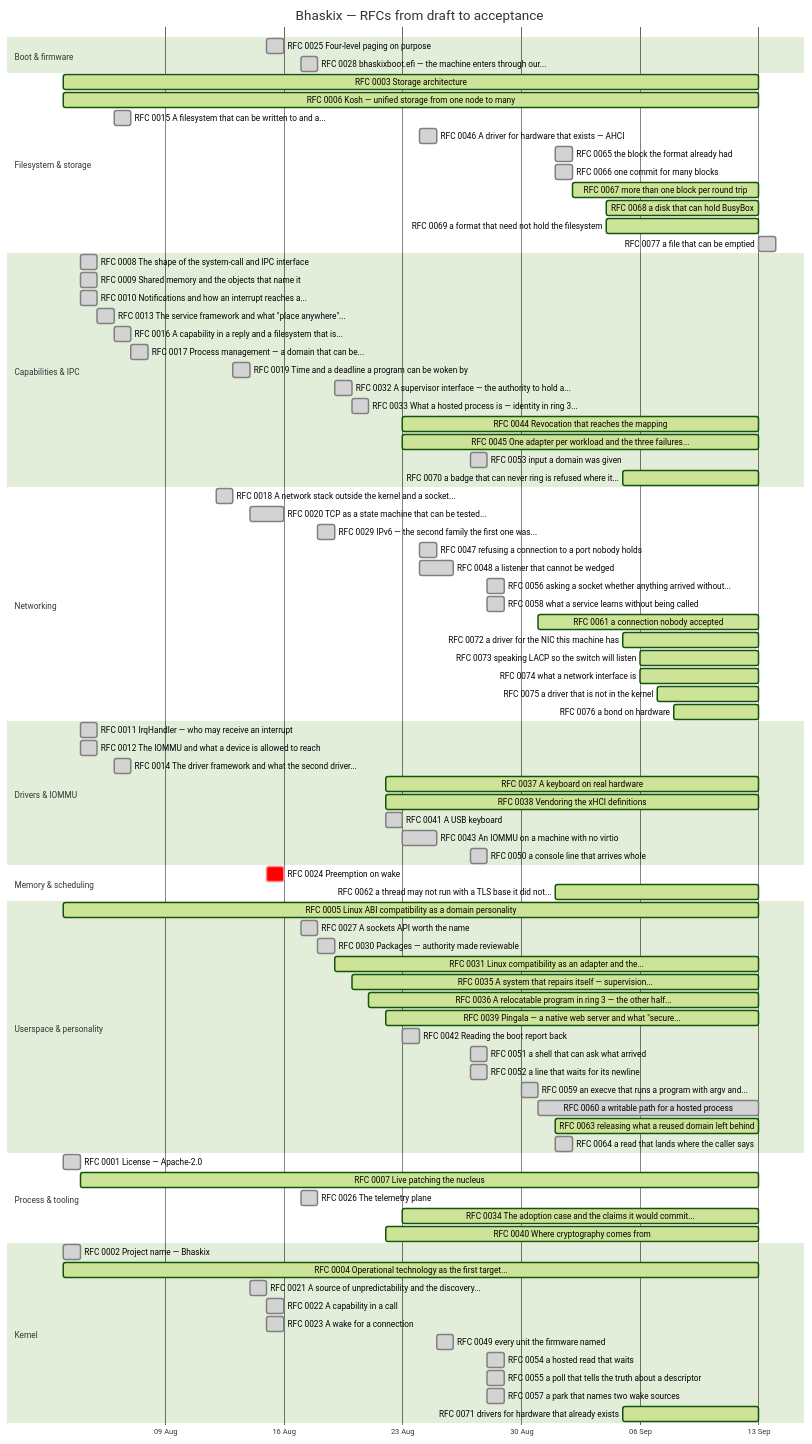
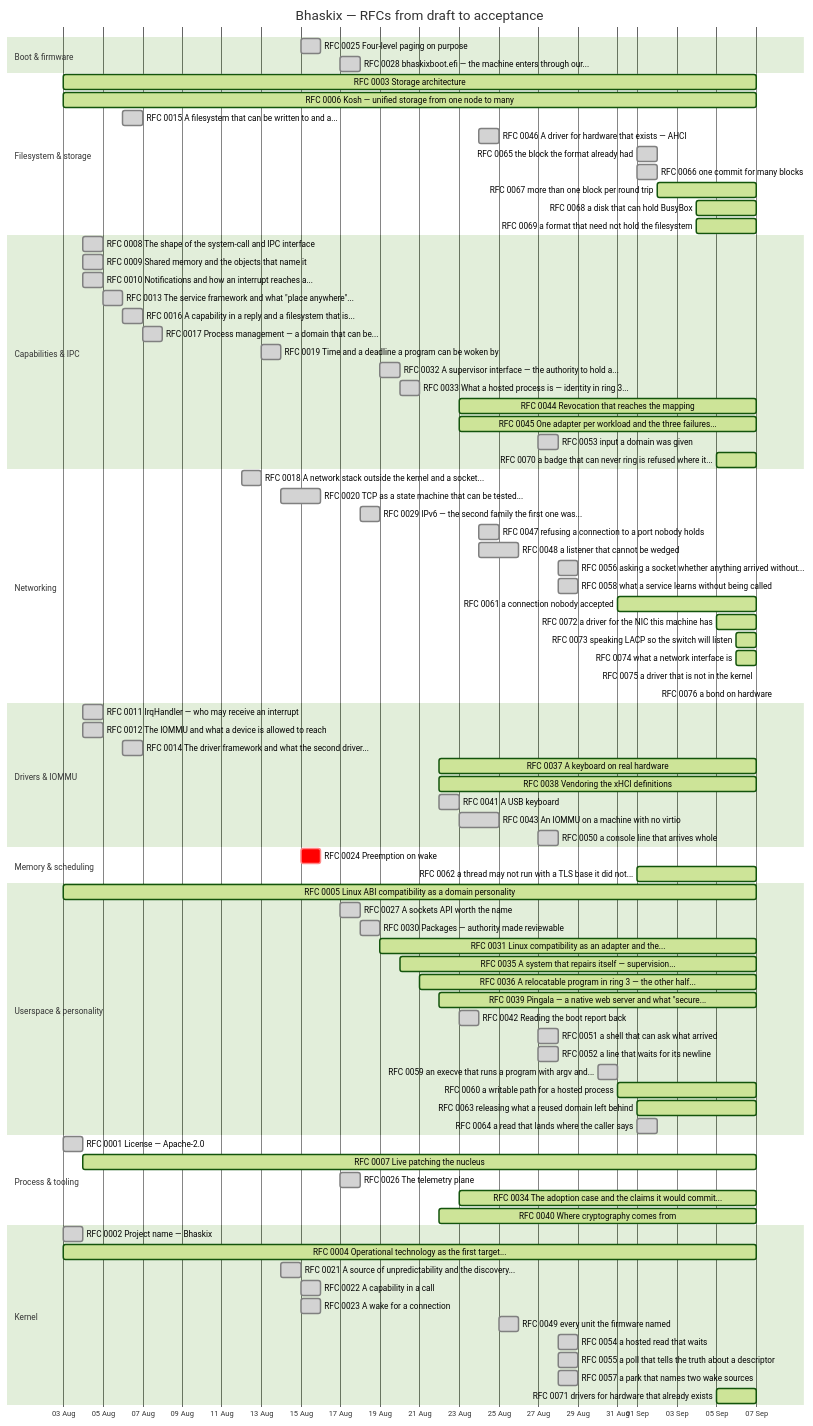
The diagram in docs/progress.md (bhaskix/bhaskix), drawn with Mermaid (forest theme) before and after one commit. The commit also changed other lines of this file and 15 other files, not shown here.

````diff
--- a/docs/progress.md
+++ b/docs/progress.md
@@ -31,16 +31,15 @@
     RFC 0025 Four-level paging on purpose :done, r0025, 2026-08-15, 2026-08-16
     RFC 0028 bhaskixboot.efi — the machine enters through our... :done, r0028, 2026-08-17, 2026-08-18
     section Filesystem & storage
-    RFC 0003 Storage architecture :active, r0003, 2026-08-03, 2026-09-13
-    RFC 0006 Kosh — unified storage from one node to many :active, r0006, 2026-08-03, 2026-09-13
+    RFC 0003 Storage architecture :active, r0003, 2026-08-03, 2026-09-07
+    RFC 0006 Kosh — unified storage from one node to many :active, r0006, 2026-08-03, 2026-09-07
     RFC 0015 A filesystem that can be written to and a... :done, r0015, 2026-08-06, 1d
     RFC 0046 A driver for hardware that exists — AHCI :done, r0046, 2026-08-24, 1d
     RFC 0065 the block the format already had :done, r0065, 2026-09-01, 1d
     RFC 0066 one commit for many blocks :done, r0066, 2026-09-01, 1d
-    RFC 0067 more than one block per round trip :active, r0067, 2026-09-02, 2026-09-13
-    RFC 0068 a disk that can hold BusyBox :active, r0068, 2026-09-04, 2026-09-13
-    RFC 0069 a format that need not hold the filesystem :active, r0069, 2026-09-04, 2026-09-13
-    RFC 0077 a file that can be emptied :done, r0077, 2026-09-13, 1d
+    RFC 0067 more than one block per round trip :active, r0067, 2026-09-02, 2026-09-07
+    RFC 0068 a disk that can hold BusyBox :active, r0068, 2026-09-04, 2026-09-07
+    RFC 0069 a format that need not hold the filesystem :active, r0069, 2026-09-04, 2026-09-07
     section Capabilities & IPC
     RFC 0008 The shape of the system-call and IPC interface :done, r0008, 2026-08-04, 1d
     RFC 0009 Shared memory and the objects that name it :done, r0009, 2026-08-04, 1d
@@ -51,10 +50,10 @@
     RFC 0019 Time and a deadline a program can be woken by :done, r0019, 2026-08-13, 2026-08-14
     RFC 0032 A supervisor interface — the authority to hold a... :done, r0032, 2026-08-19, 2026-08-20
     RFC 0033 What a hosted process is — identity in ring 3... :done, r0033, 2026-08-20, 1d
-    RFC 0044 Revocation that reaches the mapping :active, r0044, 2026-08-23, 2026-09-13
-    RFC 0045 One adapter per workload and the three failures... :active, r0045, 2026-08-23, 2026-09-13
+    RFC 0044 Revocation that reaches the mapping :active, r0044, 2026-08-23, 2026-09-07
+    RFC 0045 One adapter per workload and the three failures... :active, r0045, 2026-08-23, 2026-09-07
     RFC 0053 input a domain was given :done, r0053, 2026-08-27, 1d
-    RFC 0070 a badge that can never ring is refused where it... :active, r0070, 2026-09-05, 2026-09-13
+    RFC 0070 a badge that can never ring is refused where it... :active, r0070, 2026-09-05, 2026-09-07
     section Networking
     RFC 0018 A network stack outside the kernel and a socket... :done, r0018, 2026-08-12, 2026-08-13
     RFC 0020 TCP as a state machine that can be tested... :done, r0020, 2026-08-14, 2026-08-16
@@ -63,48 +62,48 @@
     RFC 0048 a listener that cannot be wedged :done, r0048, 2026-08-24, 2026-08-26
     RFC 0056 asking a socket whether anything arrived without... :done, r0056, 2026-08-28, 1d
     RFC 0058 what a service learns without being called :done, r0058, 2026-08-28, 1d
-    RFC 0061 a connection nobody accepted :active, r0061, 2026-08-31, 2026-09-13
-    RFC 0072 a driver for the NIC this machine has :active, r0072, 2026-09-05, 2026-09-13
-    RFC 0073 speaking LACP so the switch will listen :active, r0073, 2026-09-06, 2026-09-13
-    RFC 0074 what a network interface is :active, r0074, 2026-09-06, 2026-09-13
-    RFC 0075 a driver that is not in the kernel :active, r0075, 2026-09-07, 2026-09-13
-    RFC 0076 a bond on hardware :active, r0076, 2026-09-08, 2026-09-13
+    RFC 0061 a connection nobody accepted :active, r0061, 2026-08-31, 2026-09-07
+    RFC 0072 a driver for the NIC this machine has :active, r0072, 2026-09-05, 2026-09-07
+    RFC 0073 speaking LACP so the switch will listen :active, r0073, 2026-09-06, 2026-09-07
+    RFC 0074 what a network interface is :active, r0074, 2026-09-06, 2026-09-07
+    RFC 0075 a driver that is not in the kernel :active, r0075, 2026-09-07, 2026-09-07
+    RFC 0076 a bond on hardware :active, r0076, 2026-09-08, 2026-09-08
     section Drivers & IOMMU
     RFC 0011 IrqHandler — who may receive an interrupt :done, r0011, 2026-08-04, 1d
     RFC 0012 The IOMMU and what a device is allowed to reach :done, r0012, 2026-08-04, 1d
     RFC 0014 The driver framework and what the second driver... :done, r0014, 2026-08-06, 1d
-    RFC 0037 A keyboard on real hardware :active, r0037, 2026-08-22, 2026-09-13
-    RFC 0038 Vendoring the xHCI definitions :active, r0038, 2026-08-22, 2026-09-13
+    RFC 0037 A keyboard on real hardware :active, r0037, 2026-08-22, 2026-09-07
+    RFC 0038 Vendoring the xHCI definitions :active, r0038, 2026-08-22, 2026-09-07
     RFC 0041 A USB keyboard :done, r0041, 2026-08-22, 2026-08-23
     RFC 0043 An IOMMU on a machine with no virtio :done, r0043, 2026-08-23, 2026-08-25
     RFC 0050 a console line that arrives whole :done, r0050, 2026-08-27, 1d
     section Memory & scheduling
     RFC 0024 Preemption on wake :crit, r0024, 2026-08-15, 1d
-    RFC 0062 a thread may not run with a TLS base it did not... :active, r0062, 2026-09-01, 2026-09-13
+    RFC 0062 a thread may not run with a TLS base it did not... :active, r0062, 2026-09-01, 2026-09-07
     section Userspace & personality
-    RFC 0005 Linux ABI compatibility as a domain personality :active, r0005, 2026-08-03, 2026-09-13
+    RFC 0005 Linux ABI compatibility as a domain personality :active, r0005, 2026-08-03, 2026-09-07
     RFC 0027 A sockets API worth the name :done, r0027, 2026-08-17, 1d
     RFC 0030 Packages — authority made reviewable :done, r0030, 2026-08-18, 2026-08-19
-    RFC 0031 Linux compatibility as an adapter and the... :active, r0031, 2026-08-19, 2026-09-13
-    RFC 0035 A system that repairs itself — supervision... :active, r0035, 2026-08-20, 2026-09-13
-    RFC 0036 A relocatable program in ring 3 — the other half... :active, r0036, 2026-08-21, 2026-09-13
-    RFC 0039 Pingala — a native web server and what "secure... :active, r0039, 2026-08-22, 2026-09-13
+    RFC 0031 Linux compatibility as an adapter and the... :active, r0031, 2026-08-19, 2026-09-07
+    RFC 0035 A system that repairs itself — supervision... :active, r0035, 2026-08-20, 2026-09-07
+    RFC 0036 A relocatable program in ring 3 — the other half... :active, r0036, 2026-08-21, 2026-09-07
+    RFC 0039 Pingala — a native web server and what "secure... :active, r0039, 2026-08-22, 2026-09-07
     RFC 0042 Reading the boot report back :done, r0042, 2026-08-23, 1d
     RFC 0051 a shell that can ask what arrived :done, r0051, 2026-08-27, 1d
     RFC 0052 a line that waits for its newline :done, r0052, 2026-08-27, 1d
     RFC 0059 an execve that runs a program with argv and... :done, r0059, 2026-08-30, 1d
-    RFC 0060 a writable path for a hosted process :done, r0060, 2026-08-31, 2026-09-13
-    RFC 0063 releasing what a reused domain left behind :active, r0063, 2026-09-01, 2026-09-13
+    RFC 0060 a writable path for a hosted process :active, r0060, 2026-08-31, 2026-09-07
+    RFC 0063 releasing what a reused domain left behind :active, r0063, 2026-09-01, 2026-09-07
     RFC 0064 a read that lands where the caller says :done, r0064, 2026-09-01, 1d
     section Process & tooling
     RFC 0001 License — Apache-2.0 :done, r0001, 2026-08-03, 1d
-    RFC 0007 Live patching the nucleus :active, r0007, 2026-08-04, 2026-09-13
+    RFC 0007 Live patching the nucleus :active, r0007, 2026-08-04, 2026-09-07
     RFC 0026 The telemetry plane :done, r0026, 2026-08-17, 1d
-    RFC 0034 The adoption case and the claims it would commit... :active, r0034, 2026-08-23, 2026-09-13
-    RFC 0040 Where cryptography comes from :active, r0040, 2026-08-22, 2026-09-13
+    RFC 0034 The adoption case and the claims it would commit... :active, r0034, 2026-08-23, 2026-09-07
+    RFC 0040 Where cryptography comes from :active, r0040, 2026-08-22, 2026-09-07
     section Kernel
     RFC 0002 Project name — Bhaskix :done, r0002, 2026-08-03, 1d
-    RFC 0004 Operational technology as the first target... :active, r0004, 2026-08-03, 2026-09-13
+    RFC 0004 Operational technology as the first target... :active, r0004, 2026-08-03, 2026-09-07
     RFC 0021 A source of unpredictability and the discovery... :done, r0021, 2026-08-14, 1d
     RFC 0022 A capability in a call :done, r0022, 2026-08-15, 2026-08-16
     RFC 0023 A wake for a connection :done, r0023, 2026-08-15, 2026-08-16
@@ -112,5 +111,5 @@
     RFC 0054 a hosted read that waits :done, r0054, 2026-08-28, 1d
     RFC 0055 a poll that tells the truth about a descriptor :done, r0055, 2026-08-28, 1d
     RFC 0057 a park that names two wake sources :done, r0057, 2026-08-28, 1d
-    RFC 0071 drivers for hardware that already exists :active, r0071, 2026-09-05, 2026-09-13
+    RFC 0071 drivers for hardware that already exists :active, r0071, 2026-09-05, 2026-09-07
 ```
````
